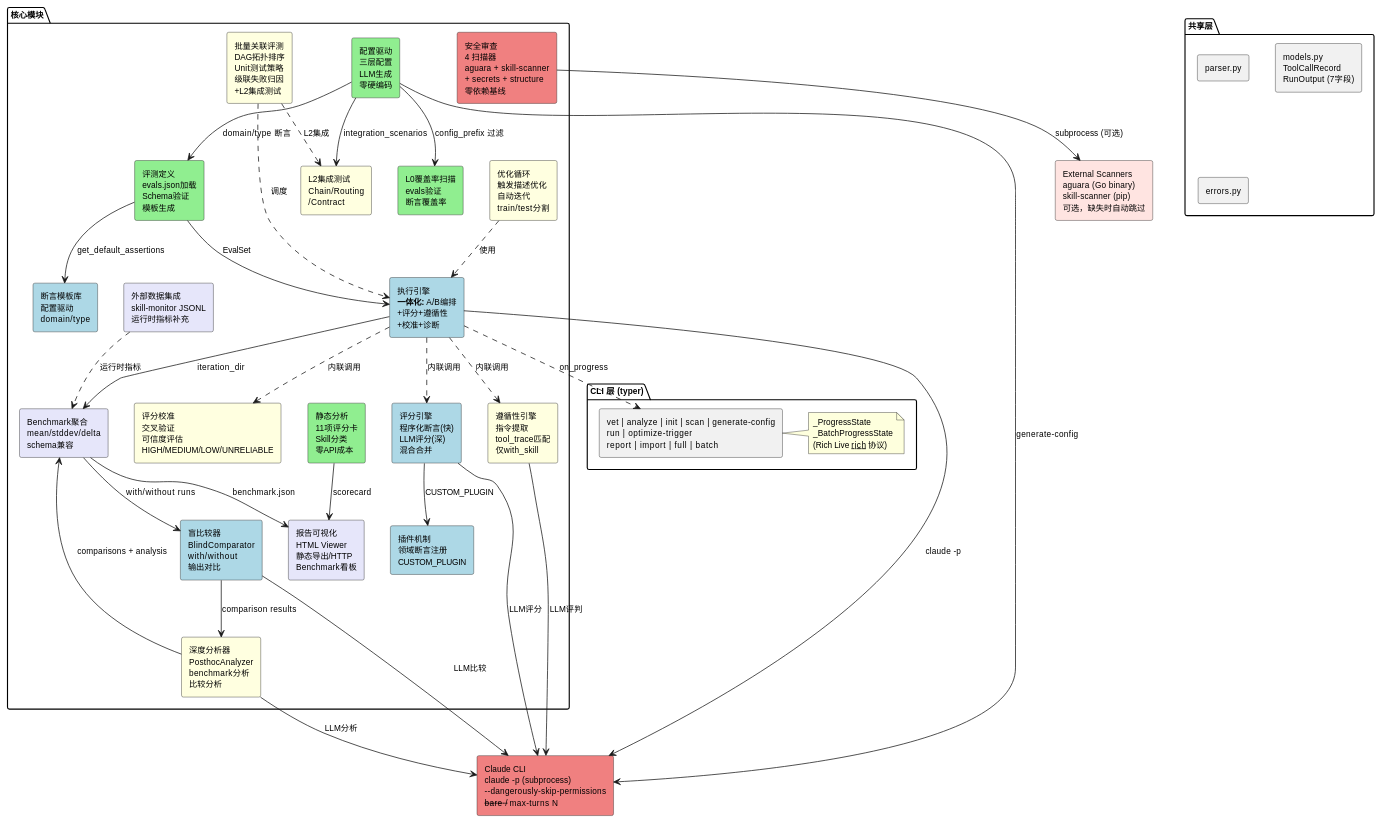
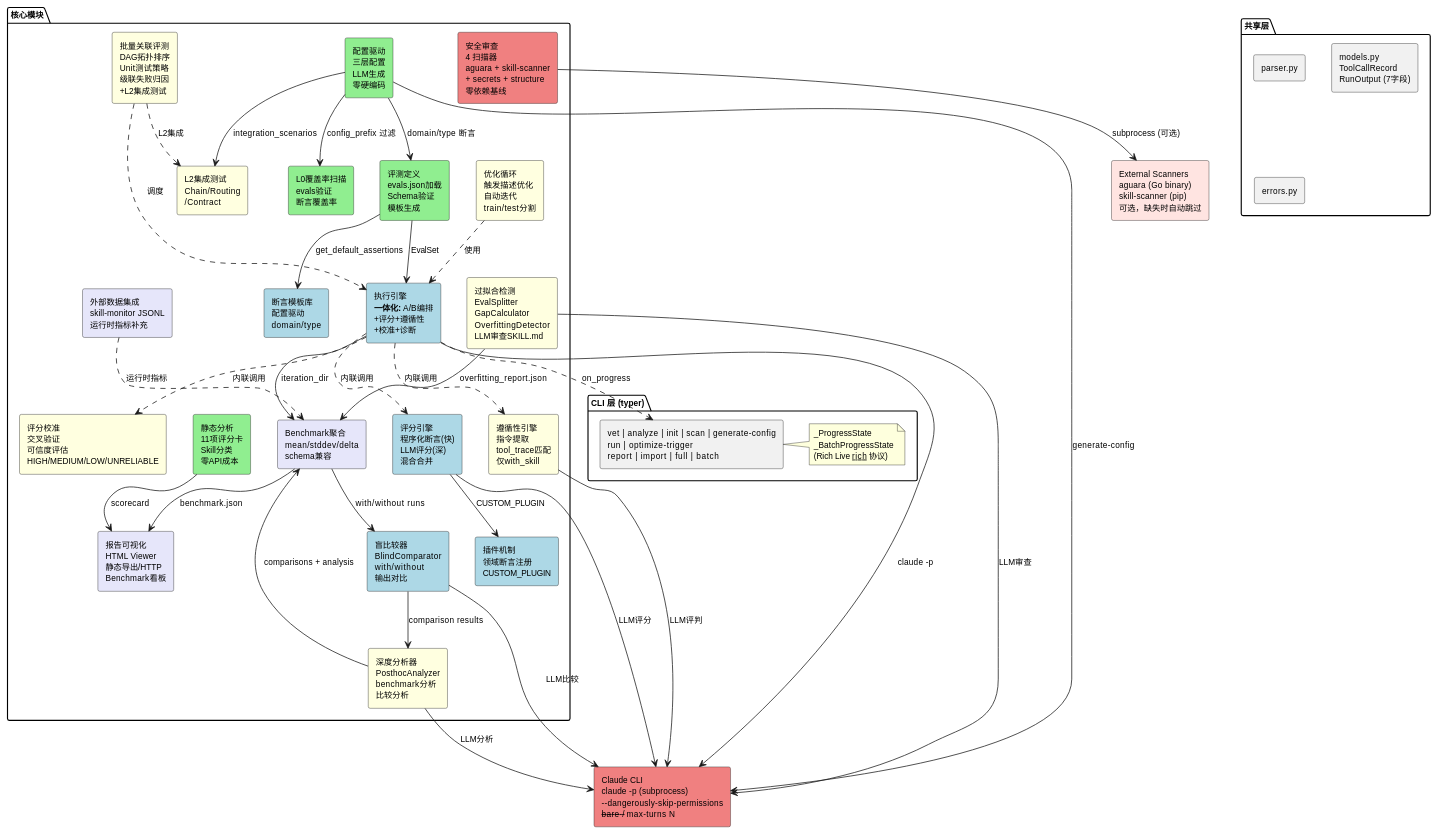
One commit to HangDu1995/sift changed the second of 4 diagrams in docs/skill-eval-arch-design.md. Above: the diagram before and after it, drawn with PlantUML. The commit also changed other lines of this file and 15 other files, not shown here.

````diff
--- a/docs/skill-eval-arch-design.md
+++ b/docs/skill-eval-arch-design.md
@@ -148,73 +148,76 @@
 ```plantuml
 @startuml
 skinparam componentStyle rectangle
 skinparam shadowing false
 skinparam defaultFontSize 11
 
 package "CLI 层 (typer)" as cli_pkg {
     [vet | analyze | init | scan | generate-config\nrun | optimize-trigger\nreport | import | full | batch] as cli
     note right of cli : _ProgressState\n_BatchProgressState\n(Rich Live __rich__ 协议)
 }
 
 package "核心模块" {
     [安全审查\n4 扫描器\naguara + skill-scanner\n+ secrets + structure\n零依赖基线] as sec #LightCoral
     [静态分析\n11项评分卡\nSkill分类\n零API成本] as sa #LightGreen
     [评测定义\nevals.json加载\nSchema验证\n模板生成] as ed #LightGreen
     rectangle "执行引擎\n**一体化:** A/B编排\n+评分+遵循性\n+校准+诊断" as exe #LightBlue
     [评分引擎\n程序化断言(快)\nLLM评分(深)\n混合合并] as scr #LightBlue
     [遵循性引擎\n指令提取\ntool_trace匹配\n仅with_skill] as comp #LightYellow
     [评分校准\n交叉验证\n可信度评估\nHIGH/MEDIUM/LOW/UNRELIABLE] as cal #LightYellow
     [盲比较器\nBlindComparator\nwith/without\n输出对比] as comp_agent #LightBlue
     [深度分析器\nPosthocAnalyzer\nbenchmark分析\n比较分析] as analysis_agent #LightYellow
     [Benchmark聚合\nmean/stddev/delta\nschema兼容] as agg #Lavender
 
     [优化循环\n触发描述优化\n自动迭代\ntrain/test分割] as opt #LightYellow
     [批量关联评测\nDAG拓扑排序\nUnit测试策略\n级联失败归因\n+L2集成测试] as batch #LightYellow
     [报告可视化\nHTML Viewer\n静态导出/HTTP\nBenchmark看板] as rpt #Lavender
     [外部数据集成\nskill-monitor JSONL\n运行时指标补充] as intg #Lavender
     [配置驱动\n三层配置\nLLM生成\n零硬编码] as cfg #LightGreen
     [L0覆盖率扫描\nevals验证\n断言覆盖率] as scan_mod #LightGreen
     [L2集成测试\nChain/Routing\n/Contract] as inttest #LightYellow
     [插件机制\n领域断言注册\nCUSTOM_PLUGIN] as plug #LightBlue
     [断言模板库\n配置驱动\ndomain/type] as tmpl #LightBlue
+    [过拟合检测\nEvalSplitter\nGapCalculator\nOverfittingDetector\nLLM审查SKILL.md] as overfit #LightYellow
 }
 
 rectangle "Claude CLI\nclaude -p (subprocess)\n--dangerously-skip-permissions\n--bare / --max-turns N" as claude #LightCoral
 
 rectangle "External Scanners\naguara (Go binary)\nskill-scanner (pip)\n可选，缺失时自动跳过" as ext_sec #MistyRose
 
 package "共享层" {
     [parser.py] as parser
     [models.py\nToolCallRecord\nRunOutput (7字段)] as models
     [errors.py] as errors
 }
 
 sec --> ext_sec : subprocess (可选)
 ed --> exe : EvalSet
 exe ..> scr : 内联调用
 exe ..> comp : 内联调用
 exe ..> cal : 内联调用
 exe --> claude : claude -p
 scr --> claude : LLM评分
 comp --> claude : LLM评判
 exe --> agg : iteration_dir
 agg --> comp_agent : with/without runs
 comp_agent --> analysis_agent : comparison results
 comp_agent --> claude : LLM比较
 analysis_agent --> claude : LLM分析
 analysis_agent --> agg : comparisons + analysis
 opt ..> exe : 使用
 batch ..> exe : 调度
 batch ..> inttest : L2集成
 agg --> rpt : benchmark.json
 sa --> rpt : scorecard
 intg ..> agg : 运行时指标
 exe ..> cli : on_progress
 cfg --> ed : domain/type 断言
 cfg --> scan_mod : config_prefix 过滤
 cfg --> inttest : integration_scenarios
 scr --> plug : CUSTOM_PLUGIN
 ed --> tmpl : get_default_assertions
 cfg --> claude : generate-config
+overfit --> claude : LLM审查
+overfit --> agg : overfitting_report.json
 @enduml
 ```
````
